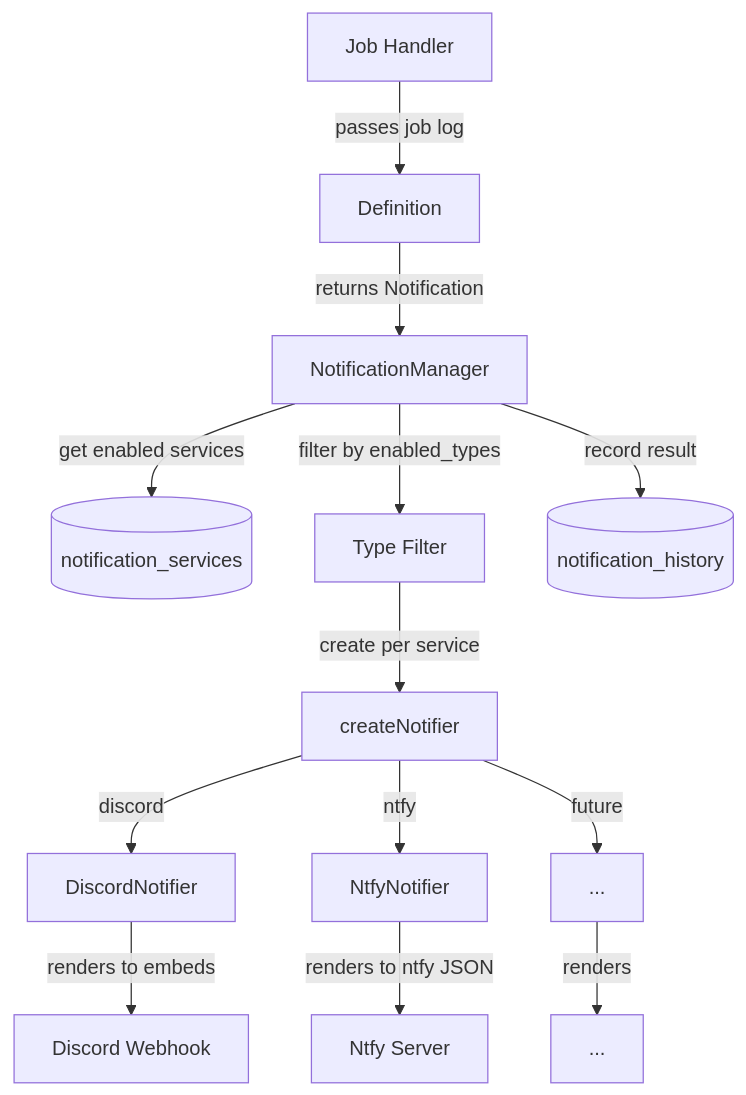
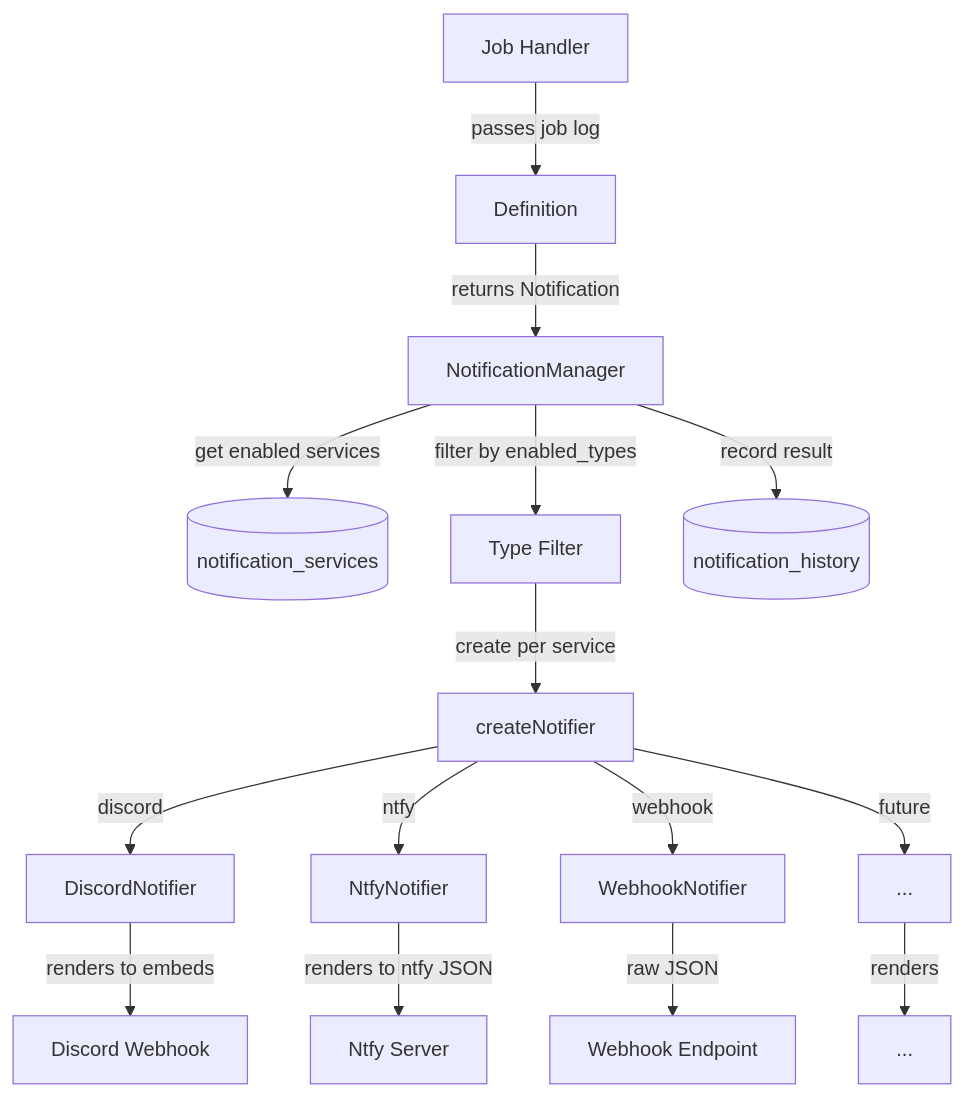
The diagram in docs/architecture/notifications.md (fragglexarmy/profilarr), drawn with Mermaid before and after one commit. The commit also changed other lines of this file and 13 other files, not shown here.

````diff
--- a/docs/architecture/notifications.md
+++ b/docs/architecture/notifications.md
@@ -45,19 +46,21 @@
 ```mermaid
 flowchart TD
     JOB[Job Handler] -->|"passes job log"| DEF[Definition]
     DEF -->|"returns Notification"| NM[NotificationManager]
 
     NM -->|get enabled services| DB[(notification_services)]
     NM -->|filter by enabled_types| FILTER[Type Filter]
     FILTER -->|create per service| FACTORY[createNotifier]
 
     FACTORY -->|discord| DISCORD[DiscordNotifier]
     FACTORY -->|ntfy| NTFY[NtfyNotifier]
+    FACTORY -->|webhook| WEBHOOK[WebhookNotifier]
     FACTORY -->|future| OTHER[...]
 
     DISCORD -->|renders to embeds| WEBHOOK_D[Discord Webhook]
     NTFY -->|renders to ntfy JSON| WEBHOOK_N[Ntfy Server]
+    WEBHOOK -->|raw JSON| WEBHOOK_W[Webhook Endpoint]
     OTHER -->|renders| WEBHOOK_O[...]
 
     NM -->|record result| HISTORY[(notification_history)]
 ```
````
